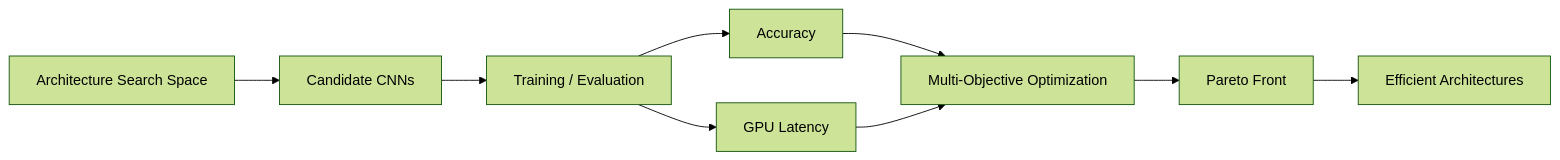
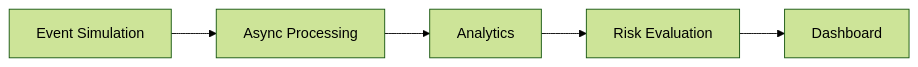
Before and after one commit to Nadjiba-Rahal/Nadjiba-Rahal: the fourth of 5 diagrams in README.md, drawn with Mermaid (forest theme). The commit also changed other lines of this file, not shown here.

````diff
--- a/README.md
+++ b/README.md
@@ -194,17 +290,7 @@
 ```mermaid
 flowchart LR
-
-    A["Architecture Search Space"]
-    A --> B["Candidate CNNs"]
-
-    B --> C["Training / Evaluation"]
-
-    C --> D["Accuracy"]
-    C --> E["GPU Latency"]
-
-    D --> F["Multi-Objective Optimization"]
-    E --> F
-
-    F --> G["Pareto Front"]
-    G --> H["Efficient Architectures"]
+    A[Event Simulation] --> B[Async Processing]
+    B --> C[Analytics]
+    C --> D[Risk Evaluation]
+    D --> E[Dashboard]
 ```
````
